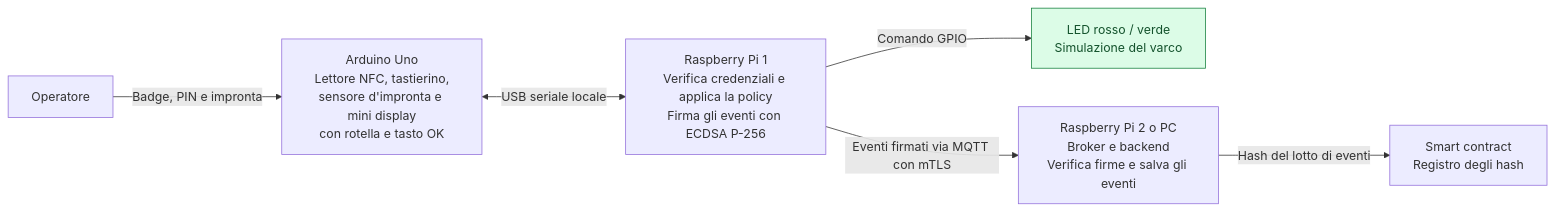
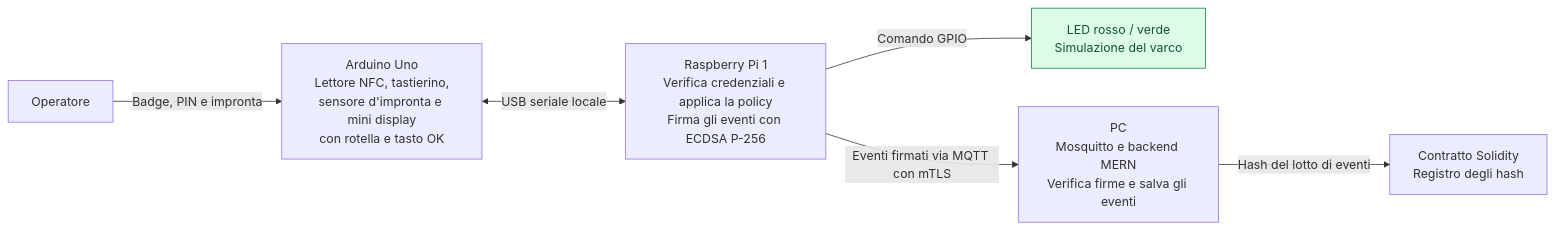
The diagram in architecture_guidelines.md (Enrico39/Data-Security-and-IoT-Security-Project), drawn with Mermaid before and after one commit. The commit also changed other lines of this file and 1 other file, not shown here.

Commit message:
Document project architecture decisions and validation steps

````diff
--- a/architecture_guidelines.md
+++ b/architecture_guidelines.md
@@ -5,10 +5,10 @@
 ```mermaid
 flowchart LR
     U["Operatore"] -->|"Badge, PIN e impronta"| A["Arduino Uno<br/>Lettore NFC, tastierino,<br/>sensore d'impronta e mini display<br/>con rotella e tasto OK"]
     A <-->|"USB seriale locale"| P["Raspberry Pi 1<br/>Verifica credenziali e applica la policy<br/>Firma gli eventi con ECDSA P-256"]
     P -->|"Comando GPIO"| L["LED rosso / verde<br/>Simulazione del varco"]
-    P -->|"Eventi firmati via MQTT con mTLS"| B["Raspberry Pi 2 o PC<br/>Broker e backend<br/>Verifica firme e salva gli eventi"]
-    B -->|"Hash del lotto di eventi"| C["Smart contract<br/>Registro degli hash"]
+    P -->|"Eventi firmati via MQTT con mTLS"| B["PC<br/>Mosquitto e backend MERN<br/>Verifica firme e salva gli eventi"]
+    B -->|"Hash del lotto di eventi"| C["Contratto Solidity<br/>Registro degli hash"]
 
     style L fill:#dcfce7,stroke:#15803d,color:#14532d
 ```
````
